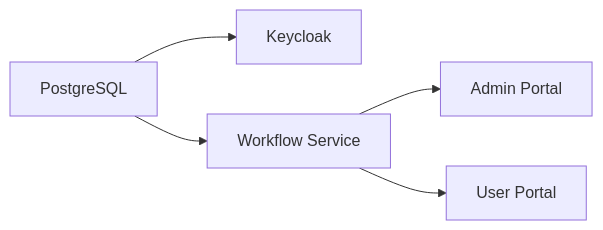
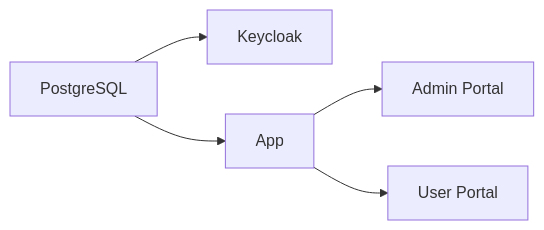
Before and after one commit to mszalus/workflow-platform: the second of 6 diagrams in docs/architecture/c4-deployment.md, drawn with Mermaid. The commit also changed other lines of this file and 190 other files, not shown here.

First line of the commit message:
feat(app): rename workflow-service to app and fold the shared libraries

````diff
--- a/docs/architecture/c4-deployment.md
+++ b/docs/architecture/c4-deployment.md
@@ -37,7 +37,7 @@
 ```mermaid
 flowchart LR
     PG[PostgreSQL] --> KC[Keycloak]
-    PG --> WF[Workflow Service]
+    PG --> WF[App]
     WF --> AP[Admin Portal]
     WF --> UP[User Portal]
 ```
````
